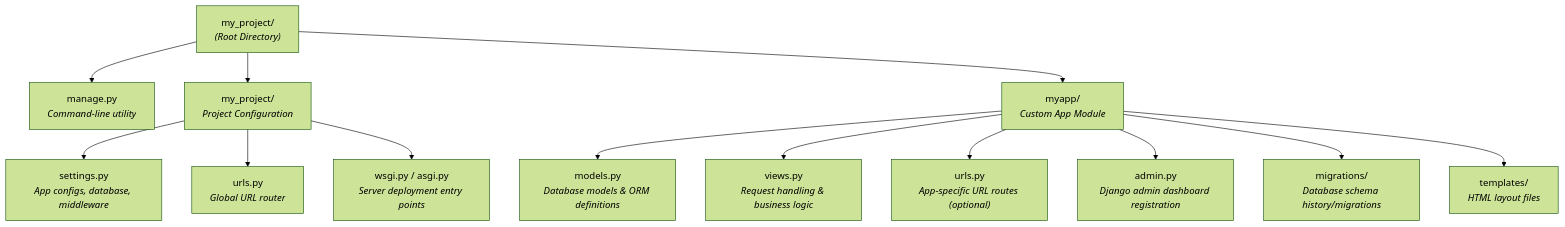
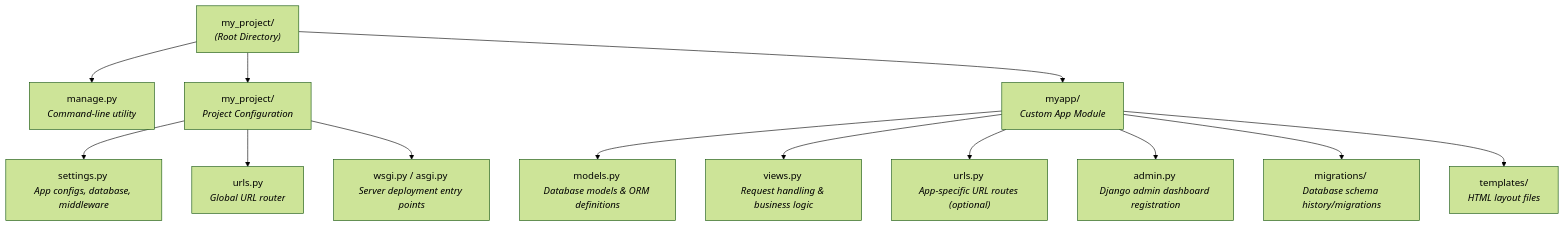
One commit to matt2ology/tech-journal-and-blog changed the third of 3 diagrams in synthesis/courses/django-6-the-big-picture/00-django-6-the-big-picture-synthesis.md. Above: the diagram before and after it, drawn with Mermaid (forest theme).

Commit message:
fix: improve formatting of flowchart elements in Django 6 synthesis

````diff
--- a/synthesis/courses/django-6-the-big-picture/00-django-6-the-big-picture-synthesis.md
+++ b/synthesis/courses/django-6-the-big-picture/00-django-6-the-big-picture-synthesis.md
@@ -92,19 +92,19 @@
 ```mermaid
 flowchart TD
-    Root["my_project/<br/><i>(Root Directory)</i>"] --> Manage["manage.py<br/><i>Command-line utility</i>"]
-    Root --> ProjConfig["my_project/<br/><i>Project Configuration</i>"]
-    Root --> AppDir["myapp/<br/><i>Custom App Module</i>"]
+    Root["my_project/ <br/><i>(Root Directory)</i>"] --> Manage["manage.py <br/><i>Command-line utility</i>"]
+    Root --> ProjConfig["my_project/ <br/><i>Project Configuration</i>"]
+    Root --> AppDir["myapp/ <br/><i>Custom App Module</i>"]
 
     %% Project Configuration Files
-    ProjConfig --> Settings["settings.py<br/><i>App configs, database, middleware</i>"]
-    ProjConfig --> ProjUrls["urls.py<br/><i>Global URL router</i>"]
-    ProjConfig --> WSGI["wsgi.py / asgi.py<br/><i>Server deployment entry points</i>"]
+    ProjConfig --> Settings["settings.py <br/><i>App configs, database, middleware</i>"]
+    ProjConfig --> ProjUrls["urls.py <br/><i>Global URL router</i>"]
+    ProjConfig --> WSGI["wsgi.py / asgi.py <br/><i>Server deployment entry points</i>"]
 
     %% App Files & Folders
-    AppDir --> Models["models.py<br/><i>Database models &amp; ORM definitions</i>"]
-    AppDir --> Views["views.py<br/><i>Request handling &amp; business logic</i>"]
-    AppDir --> AppUrls["urls.py<br/><i>App-specific URL routes (optional)</i>"]
-    AppDir --> Admin["admin.py<br/><i>Django admin dashboard registration</i>"]
-    AppDir --> Migrations["migrations/<br/><i>Database schema history/migrations</i>"]
-    AppDir --> Templates["templates/<br/><i>HTML layout files</i>"]
+    AppDir --> Models["models.py <br/><i>Database models & ORM definitions</i>"]
+    AppDir --> Views["views.py <br/><i>Request handling & business logic</i>"]
+    AppDir --> AppUrls["urls.py <br/><i>App-specific URL routes (optional)</i>"]
+    AppDir --> Admin["admin.py <br/><i>Django admin dashboard registration</i>"]
+    AppDir --> Migrations["migrations/ <br/><i>Database schema history/migrations</i>"]
+    AppDir --> Templates["templates/ <br/><i>HTML layout files</i>"]
 ```
````
